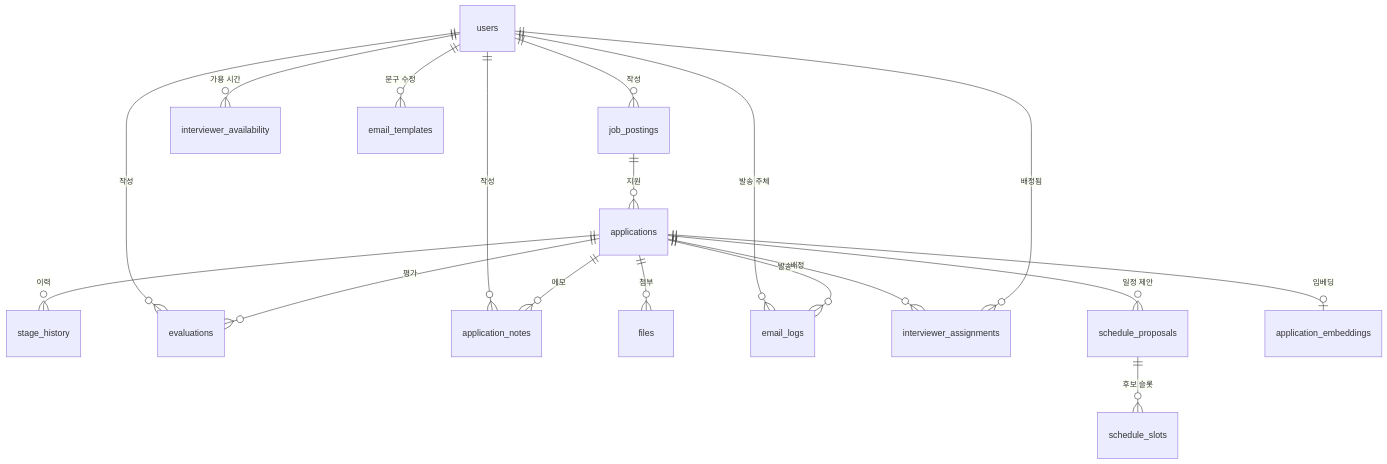
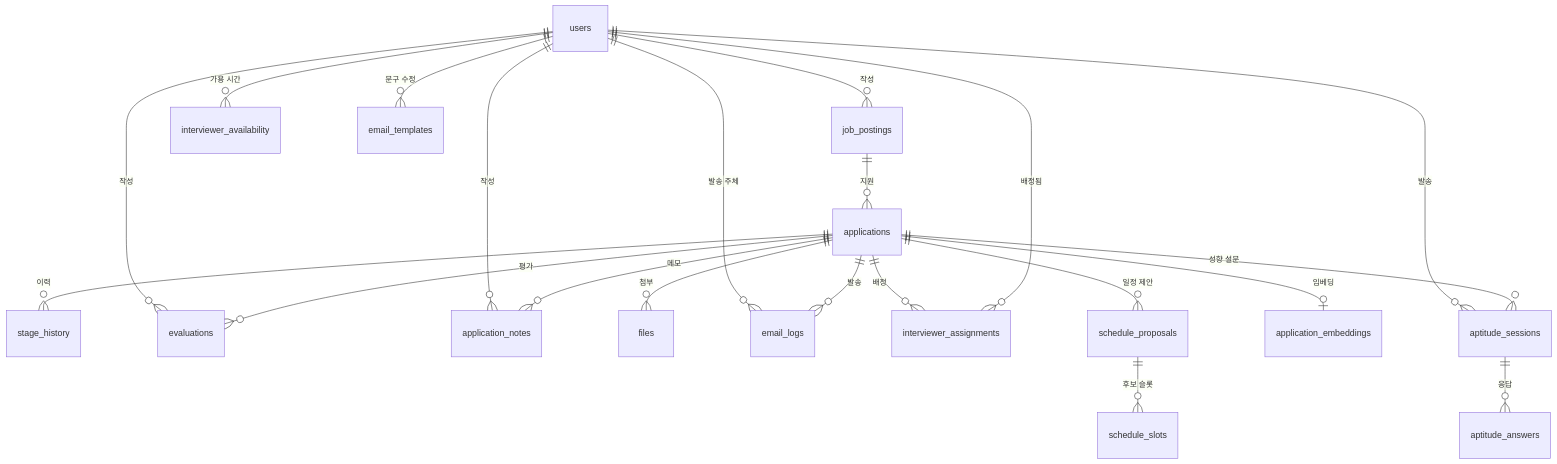
One commit to Seuk-Team/Arda changed the diagram in docs/00_overview/01-erd.md. Above: the diagram before and after it, drawn with Mermaid. The commit also changed other lines of this file and 18 other files, not shown here.

````diff
--- a/docs/00_overview/01-erd.md
+++ b/docs/00_overview/01-erd.md
@@ -19,20 +20,23 @@
 ```mermaid
 erDiagram
     users ||--o{ job_postings : "작성"
     job_postings ||--o{ applications : "지원"
     applications ||--o{ stage_history : "이력"
     applications ||--o{ evaluations : "평가"
     applications ||--o{ application_notes : "메모"
     applications ||--o{ files : "첨부"
     applications ||--o{ email_logs : "발송"
     users ||--o{ evaluations : "작성"
     users ||--o{ application_notes : "작성"
     users ||--o{ interviewer_assignments : "배정됨"
     applications ||--o{ interviewer_assignments : "배정"
     users ||--o{ interviewer_availability : "가용 시간"
     applications ||--o{ schedule_proposals : "일정 제안"
     schedule_proposals ||--o{ schedule_slots : "후보 슬롯"
     applications ||--o| application_embeddings : "임베딩"
     users ||--o{ email_logs : "발송 주체"
     users ||--o{ email_templates : "문구 수정"
+    applications ||--o{ aptitude_sessions : "성향 설문"
+    aptitude_sessions ||--o{ aptitude_answers : "응답"
+    users ||--o{ aptitude_sessions : "발송"
 ```
````
